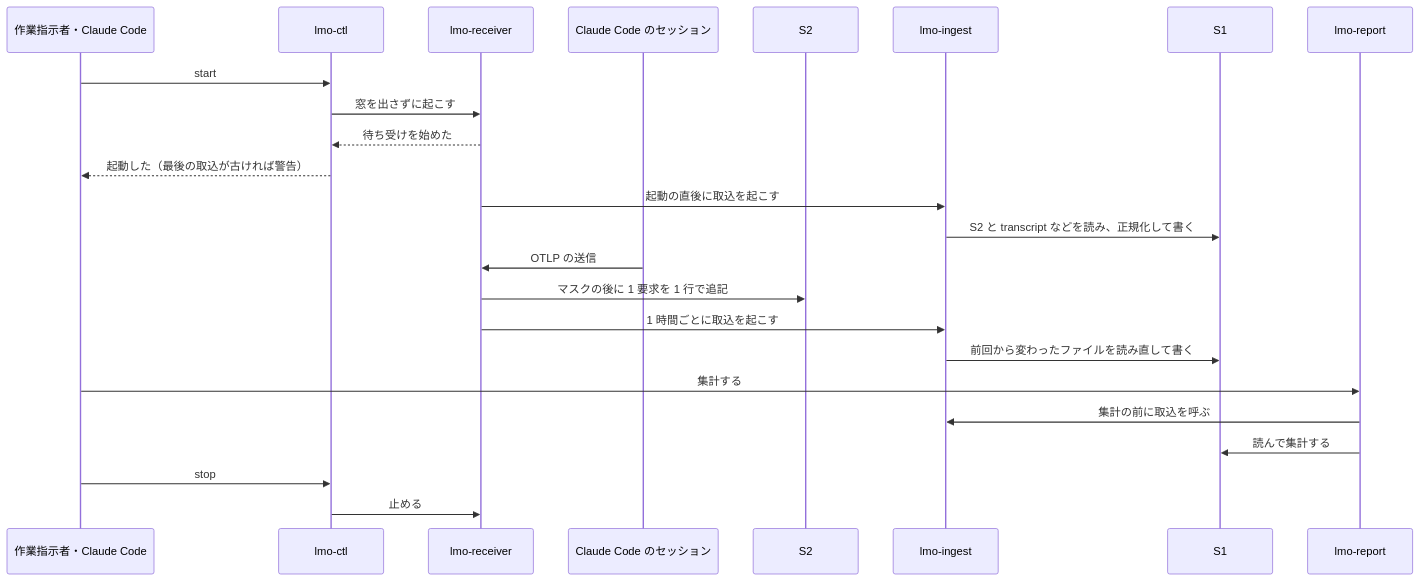
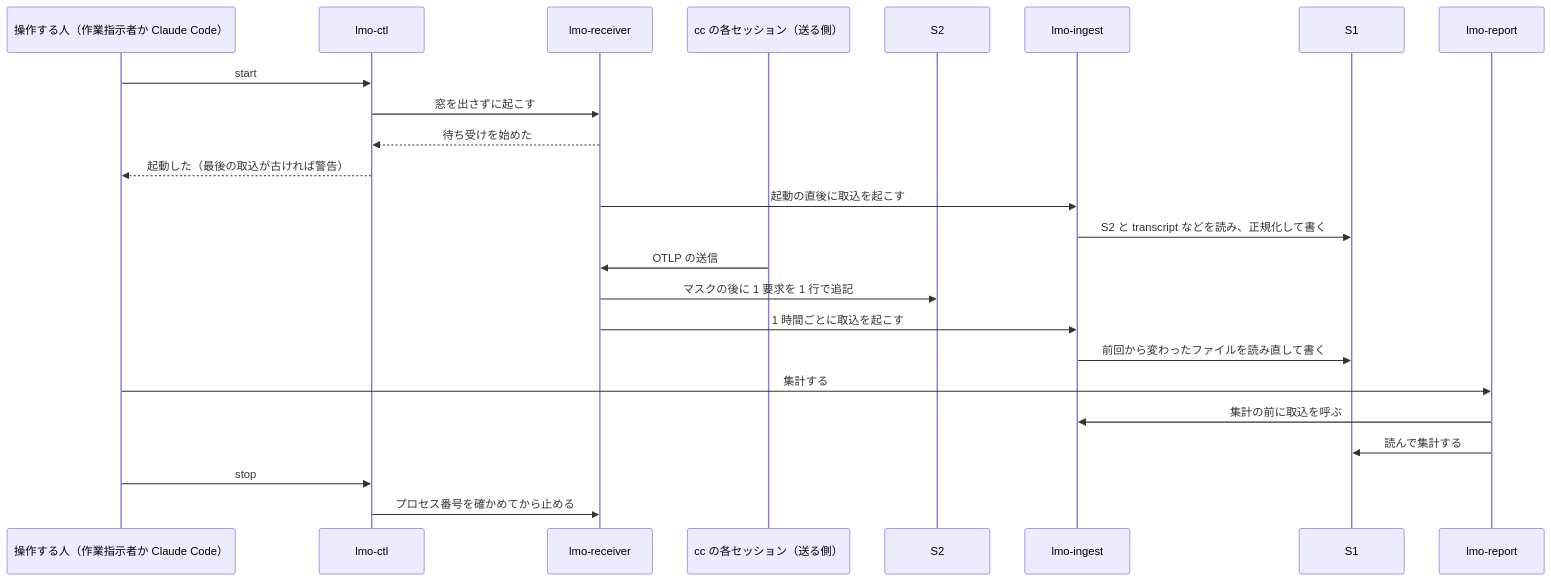
The third of 3 diagrams in research-for-local-mini-otel-infra/reports/02.設計/99.設計まとめ/設計書.md (empty-can/research-by-cc), drawn with Mermaid before and after one commit. The commit also changed other lines of this file and 22 other files, not shown here.

````diff
--- a/research-for-local-mini-otel-infra/reports/02.設計/99.設計まとめ/設計書.md
+++ b/research-for-local-mini-otel-infra/reports/02.設計/99.設計まとめ/設計書.md
@@ -186,26 +189,26 @@
 ```mermaid
 sequenceDiagram
-  participant OP as 作業指示者・Claude Code
+  participant OP as 操作する人（作業指示者か Claude Code）
   participant CTL as lmo-ctl
   participant RCV as lmo-receiver
-  participant CC as Claude Code のセッション
+  participant CC as cc の各セッション（送る側）
   participant S2 as S2
   participant ING as lmo-ingest
   participant S1 as S1
   participant REP as lmo-report
   OP->>CTL: start
   CTL->>RCV: 窓を出さずに起こす
   RCV-->>CTL: 待ち受けを始めた
   CTL-->>OP: 起動した（最後の取込が古ければ警告）
   RCV->>ING: 起動の直後に取込を起こす
   ING->>S1: S2 と transcript などを読み、正規化して書く
   CC->>RCV: OTLP の送信
   RCV->>S2: マスクの後に 1 要求を 1 行で追記
   RCV->>ING: 1 時間ごとに取込を起こす
   ING->>S1: 前回から変わったファイルを読み直して書く
   OP->>REP: 集計する
   REP->>ING: 集計の前に取込を呼ぶ
   REP->>S1: 読んで集計する
   OP->>CTL: stop
-  CTL->>RCV: 止める
+  CTL->>RCV: プロセス番号を確かめてから止める
 ```
````
